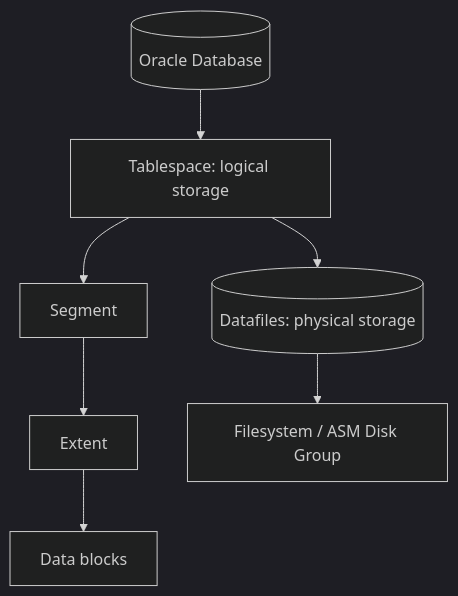
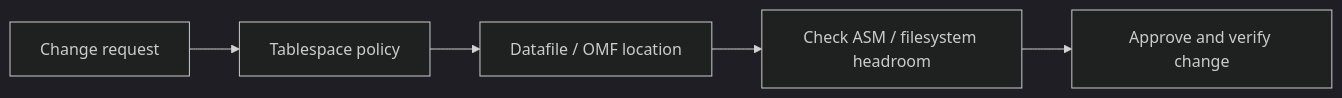
Before and after one commit to somkid-s5/Personal-Knowledge-Base: the diagram in Oracle-Database/05-Storage-Tablespaces-Undo/Lesson-16-Creating-and-Managing-Tablespaces-TH.md, drawn with Mermaid (dark theme). The commit also changed other lines of this file and 17 other files, not shown here.

````diff
--- a/Oracle-Database/05-Storage-Tablespaces-Undo/Lesson-16-Creating-and-Managing-Tablespaces-TH.md
+++ b/Oracle-Database/05-Storage-Tablespaces-Undo/Lesson-16-Creating-and-Managing-Tablespaces-TH.md
@@ -15,9 +19,7 @@
 ```mermaid
-flowchart TB
- DB[(Oracle Database)] --> TS[Tablespace: logical storage]
- TS --> SEG[Segment]
- SEG --> EXT[Extent]
- EXT --> BLOCK[Data blocks]
- TS --> DF[(Datafiles: physical storage)]
- DF --> OS[Filesystem / ASM Disk Group]
+flowchart LR
+    D[Change request] --> T[Tablespace policy]
+    T --> F[Datafile / OMF location]
+    F --> H[Check ASM / filesystem headroom]
+    H --> V[Approve and verify change]
 ```
````
